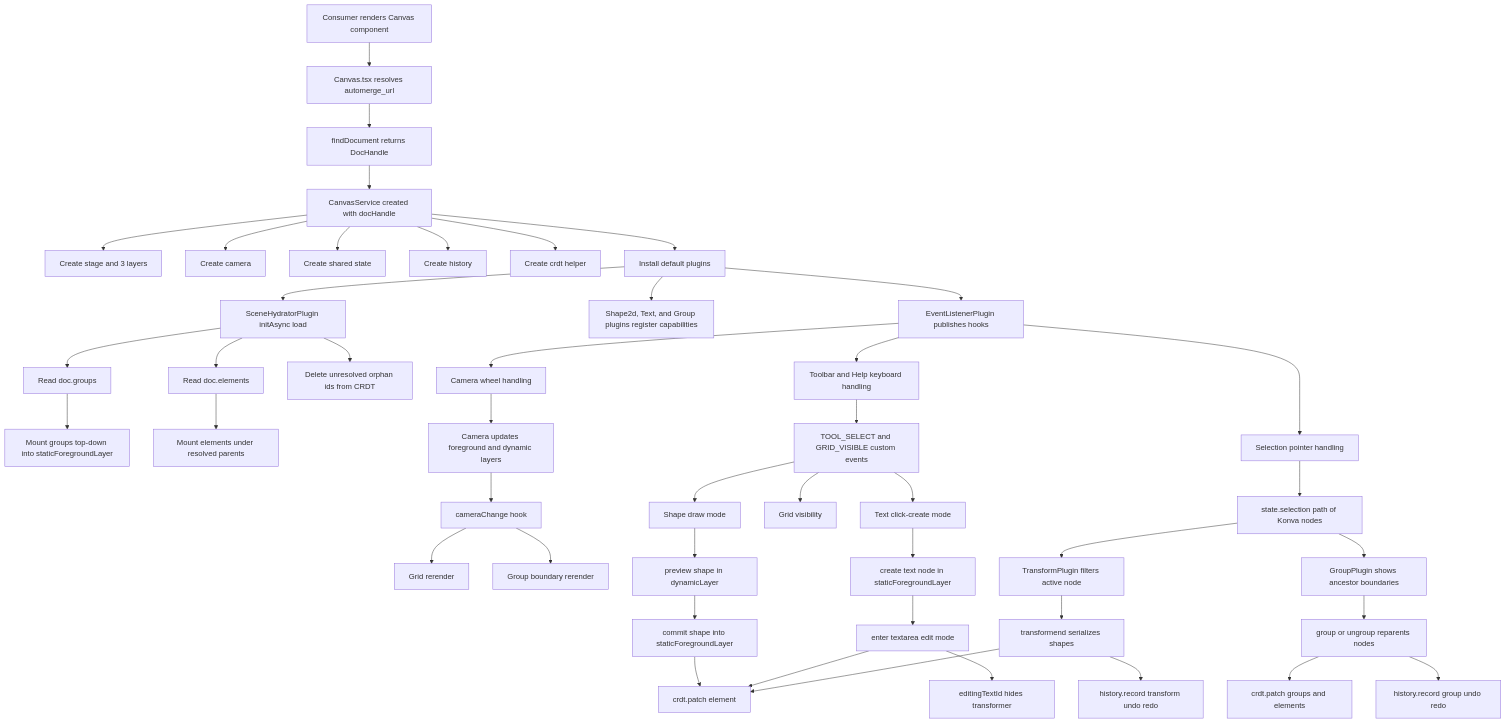
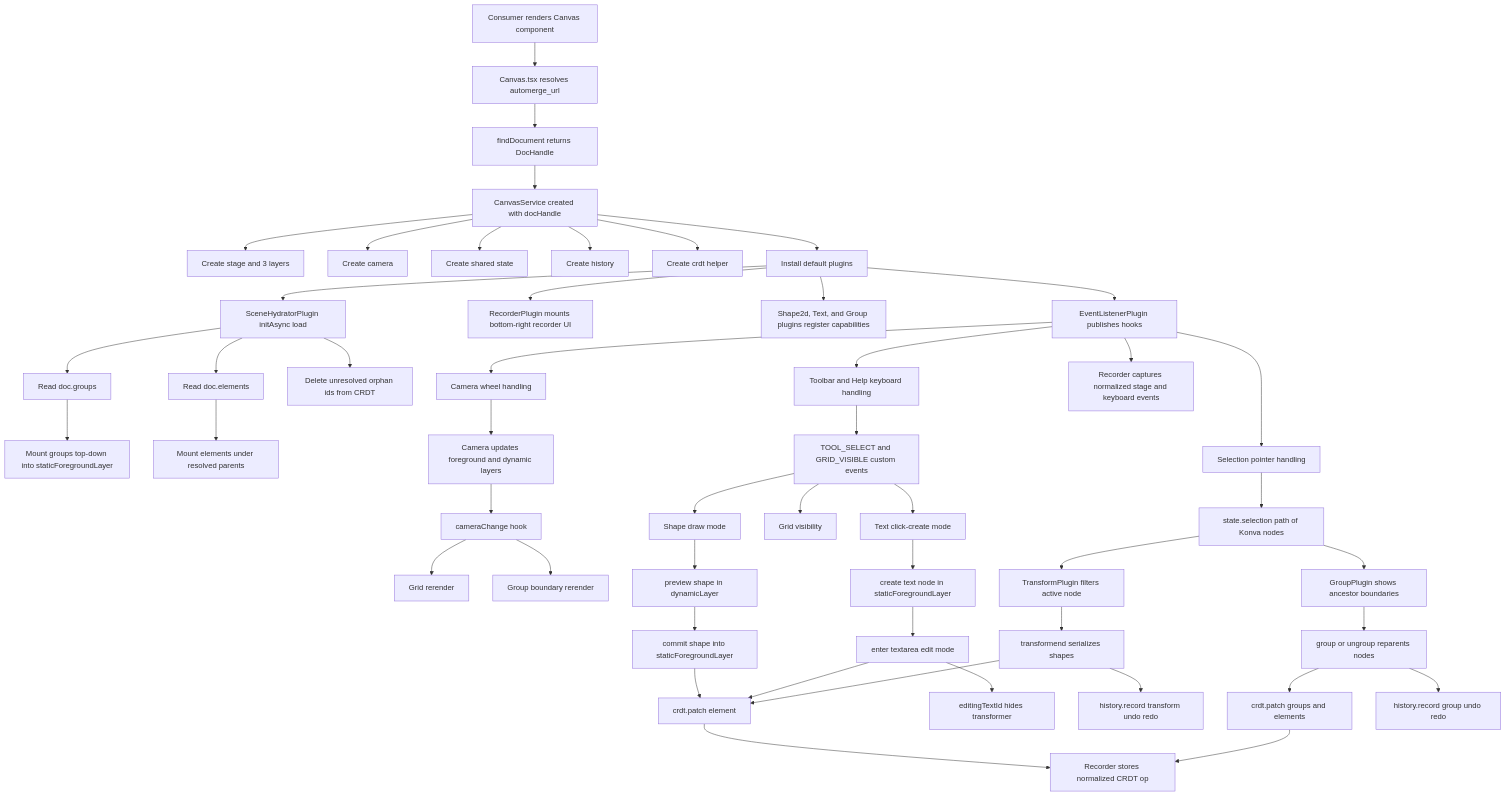
One commit to vibecanvas/vibecanvas changed the diagram in specs/spec.canvas.md. Above: the diagram before and after it, drawn with Mermaid. The commit also changed other lines of this file and 5 other files, not shown here.

Commit message:
add recorder plugin

````diff
--- a/specs/spec.canvas.md
+++ b/specs/spec.canvas.md
@@ -849,58 +943,62 @@
 ```mermaid
 flowchart TD
   A[Consumer renders Canvas component] --> B[Canvas.tsx resolves automerge_url]
   B --> C[findDocument returns DocHandle]
   C --> D[CanvasService created with docHandle]
 
   D --> E[Create stage and 3 layers]
   D --> F[Create camera]
   D --> G[Create shared state]
   D --> H[Create history]
   D --> I[Create crdt helper]
   D --> J[Install default plugins]
 
   J --> K[EventListenerPlugin publishes hooks]
+  J --> K2[RecorderPlugin mounts bottom-right recorder UI]
   J --> L[Shape2d, Text, and Group plugins register capabilities]
   J --> M[SceneHydratorPlugin initAsync load]
 
   M --> N[Read doc.groups]
   M --> O[Read doc.elements]
   N --> P[Mount groups top-down into staticForegroundLayer]
   O --> Q[Mount elements under resolved parents]
   M --> R[Delete unresolved orphan ids from CRDT]
 
   K --> S[Toolbar and Help keyboard handling]
   K --> T[Selection pointer handling]
   K --> U[Camera wheel handling]
+  K --> U2[Recorder captures normalized stage and keyboard events]
 
   U --> V[Camera updates foreground and dynamic layers]
   V --> W[cameraChange hook]
   W --> X[Grid rerender]
   W --> Y[Group boundary rerender]
 
   S --> Z[TOOL_SELECT and GRID_VISIBLE custom events]
   Z --> AA[Shape draw mode]
   Z --> AB[Grid visibility]
   Z --> AC2[Text click-create mode]
 
   T --> AC[state.selection path of Konva nodes]
   AC --> AD[TransformPlugin filters active node]
   AC --> AE[GroupPlugin shows ancestor boundaries]
 
   AA --> AF[preview shape in dynamicLayer]
   AF --> AG[commit shape into staticForegroundLayer]
   AG --> AH[crdt.patch element]
+  AH --> AH2[Recorder stores normalized CRDT op]
 
   AC2 --> AT[create text node in staticForegroundLayer]
   AT --> AU[enter textarea edit mode]
   AU --> AV[editingTextId hides transformer]
   AU --> AH
 
   AD --> AI[transformend serializes shapes]
   AI --> AH
   AI --> AJ[history.record transform undo redo]
 
   AE --> AK[group or ungroup reparents nodes]
   AK --> AL[crdt.patch groups and elements]
   AK --> AM[history.record group undo redo]
+  AL --> AH2
 ```
````
